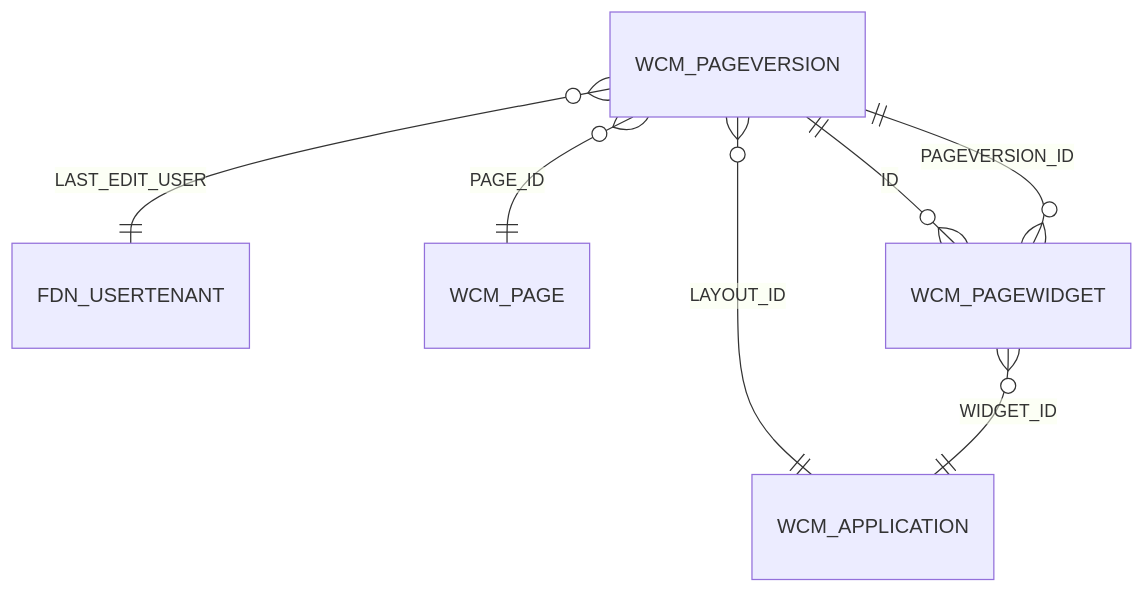
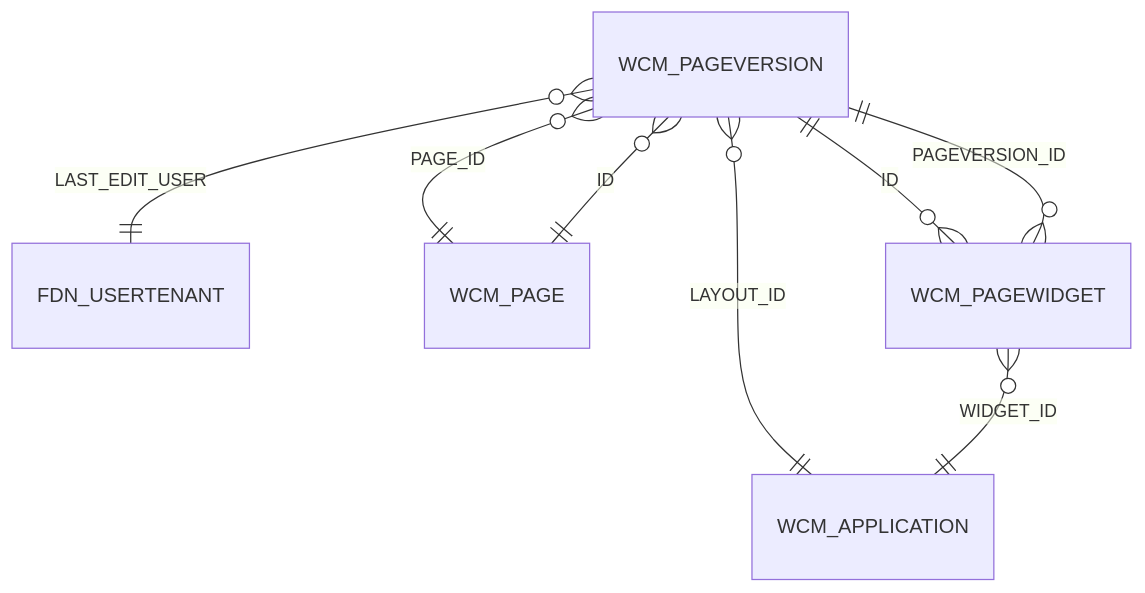
Before and after one commit to isacfg/fluig-sql-docs: diagram 52 of 55 in relationships.md, drawn with Mermaid. The commit also changed other lines of this file and 948 other files, not shown here.

````diff
--- a/relationships.md
+++ b/relationships.md
@@ -1384,9 +1441,10 @@
 ```mermaid
 erDiagram
   WCM_PAGEVERSION }o--|| FDN_USERTENANT : "LAST_EDIT_USER"
   WCM_PAGEVERSION }o--|| WCM_APPLICATION : "LAYOUT_ID"
   WCM_PAGEVERSION }o--|| WCM_PAGE : "PAGE_ID"
   WCM_PAGEVERSION ||--o{ WCM_PAGEWIDGET : "ID"
+  WCM_PAGEVERSION }o--|| WCM_PAGE : "ID"
   WCM_PAGEWIDGET }o--|| WCM_PAGEVERSION : "PAGEVERSION_ID"
   WCM_PAGEWIDGET }o--|| WCM_APPLICATION : "WIDGET_ID"
 ```
````
